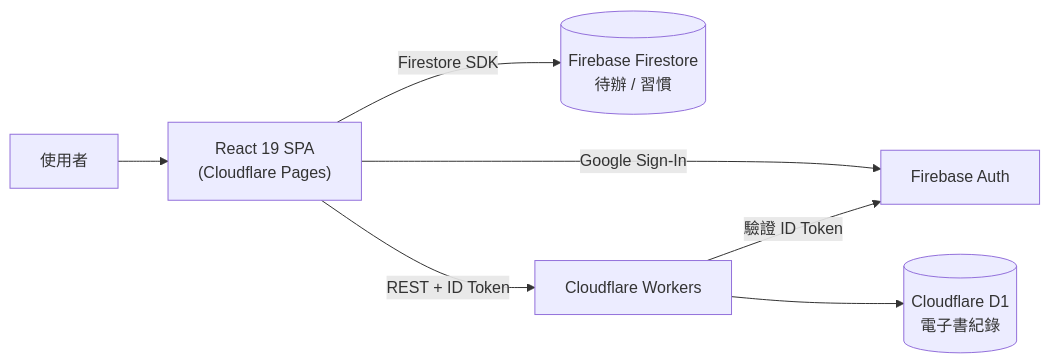
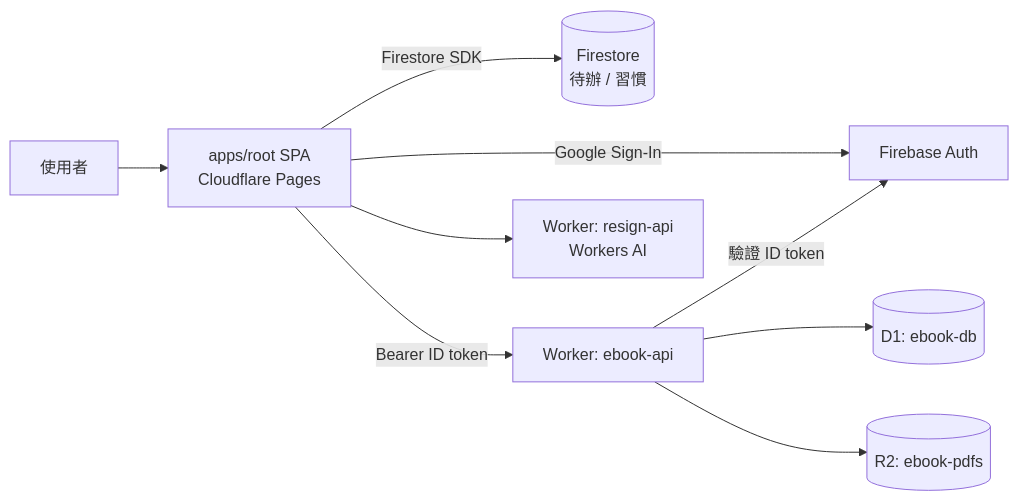
Before and after one commit to a920604a/engineernews: the diagram in src/content/posts/product/2026-04-23-a920604a-labs.md, drawn with Mermaid. The commit also changed other lines of this file and 468 other files, not shown here.

````diff
--- a/src/content/posts/product/2026-04-23-a920604a-labs.md
+++ b/src/content/posts/product/2026-04-23-a920604a-labs.md
@@ -37,9 +91,11 @@
 ```mermaid
 graph LR
-  User["使用者"] --> FE["React 19 SPA\n(Cloudflare Pages)"]
-  FE -->|"Google Sign-In"| Firebase["Firebase Auth"]
-  FE -->|"Firestore SDK"| Firestore[("Firebase Firestore\n待辦 / 習慣")]
-  FE -->|"REST + ID Token"| Worker["Cloudflare Workers"]
-  Worker -->|"驗證 ID Token"| Firebase
-  Worker --> D1[("Cloudflare D1\n電子書紀錄")]
+  User["使用者"] --> FE["apps/root SPA<br/>Cloudflare Pages"]
+  FE -->|"Google Sign-In"| FAuth["Firebase Auth"]
+  FE -->|"Firestore SDK"| FS[("Firestore<br/>待辦 / 習慣")]
+  FE -->|"Bearer ID token"| EBK["Worker: ebook-api"]
+  FE --> RSG["Worker: resign-api<br/>Workers AI"]
+  EBK -->|"驗證 ID token"| FAuth
+  EBK --> D1[("D1: ebook-db")]
+  EBK --> R2[("R2: ebook-pdfs")]
 ```
````
